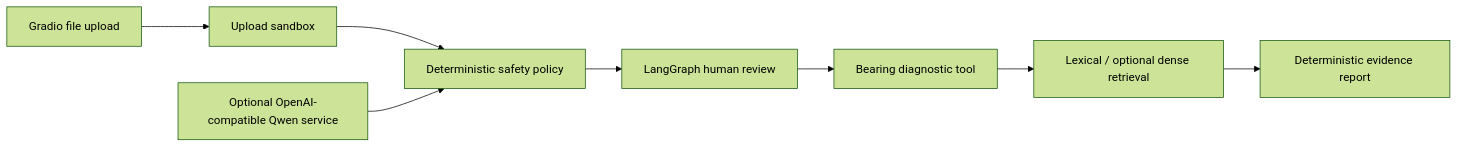
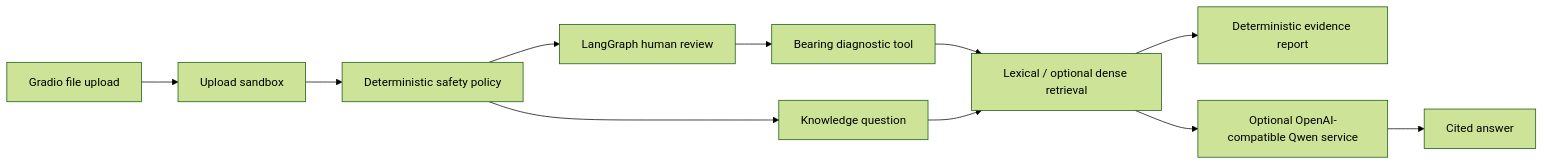
One commit to chengxhead/equipdoc-agent changed the diagram in docs/architecture.md. Above: the diagram before and after it, drawn with Mermaid (forest theme). The commit also changed other lines of this file and 13 other files, not shown here.

````diff
--- a/docs/architecture.md
+++ b/docs/architecture.md
@@ -3,10 +3,13 @@
 ```mermaid
 flowchart LR
     UI["Gradio file upload"] --> STAGE["Upload sandbox"]
     STAGE --> POLICY["Deterministic safety policy"]
     POLICY --> REVIEW["LangGraph human review"]
     REVIEW --> TOOL["Bearing diagnostic tool"]
     TOOL --> RAG["Lexical / optional dense retrieval"]
     RAG --> REPORT["Deterministic evidence report"]
-    LLM["Optional OpenAI-compatible Qwen service"] --> POLICY
+    POLICY --> KNOWLEDGE["Knowledge question"]
+    KNOWLEDGE --> RAG
+    RAG --> LLM["Optional OpenAI-compatible Qwen service"]
+    LLM --> ANSWER["Cited answer"]
 ```
````
